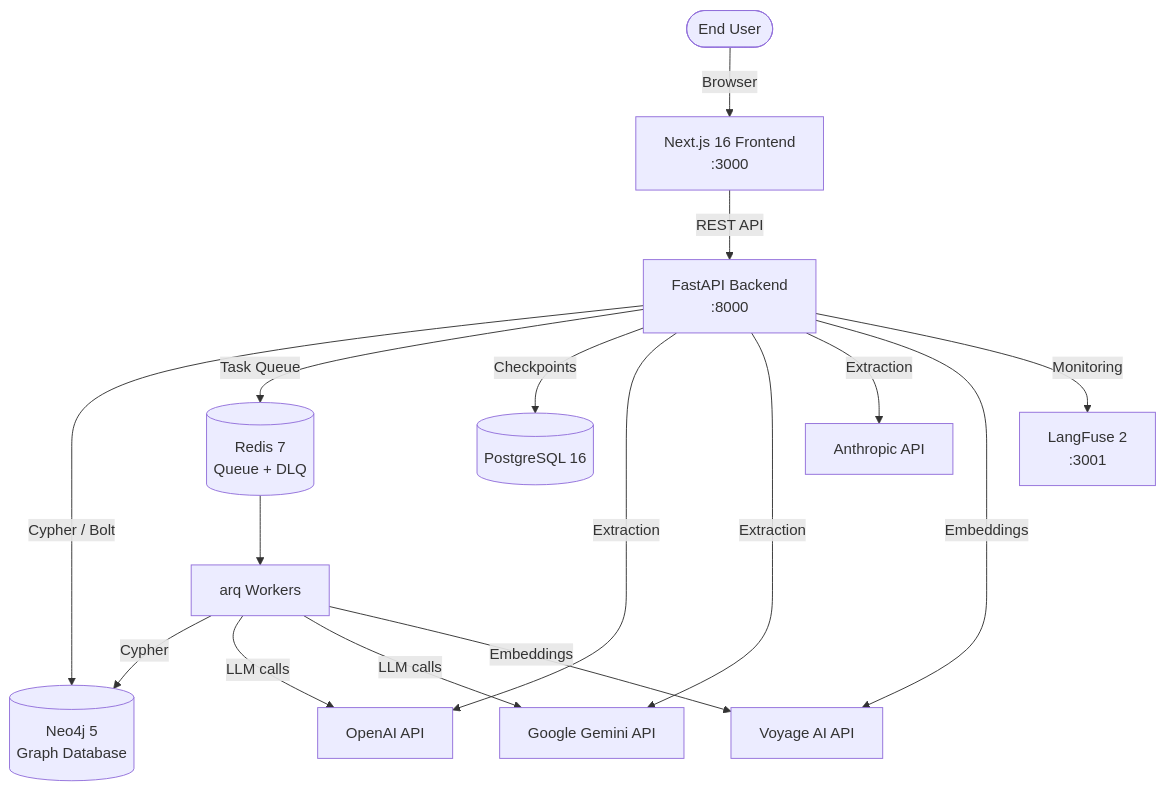
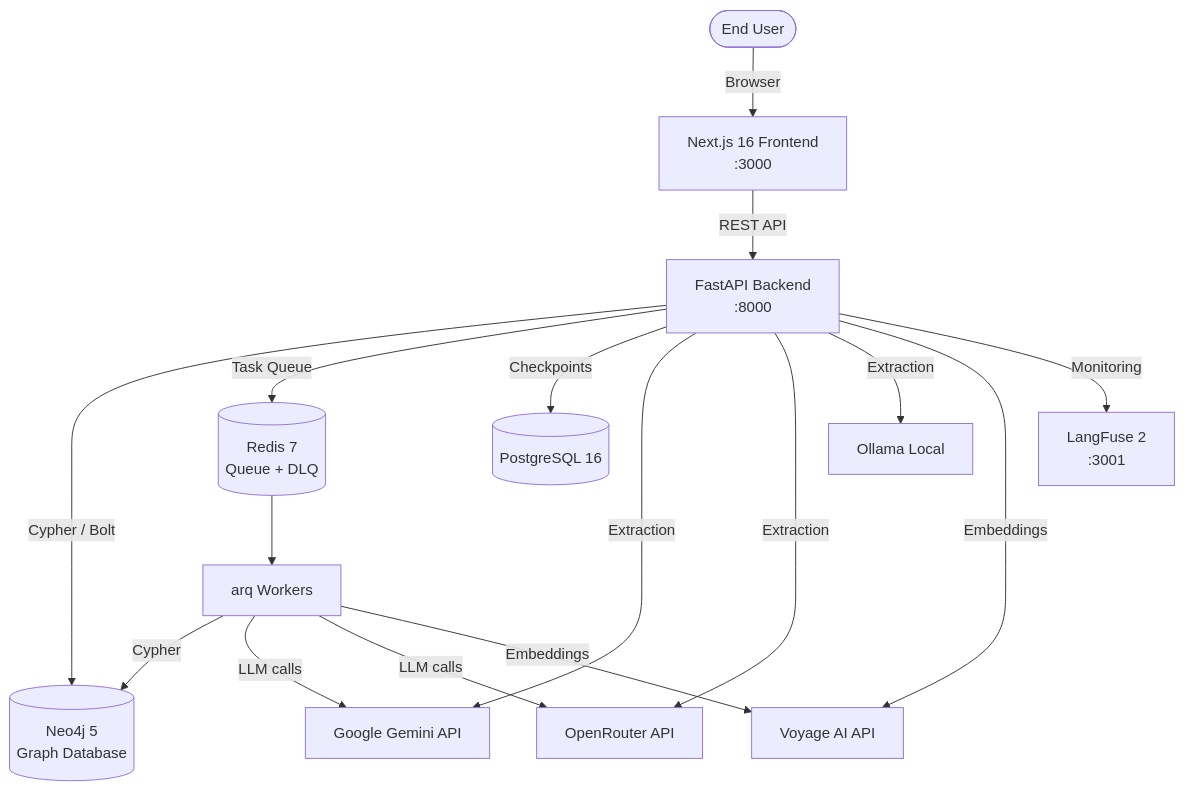
Before and after one commit to xairon/WorldRAG: the first of 7 diagrams in docs/architecture.md, drawn with Mermaid. The commit also changed other lines of this file and 59 other files, not shown here.

````diff
--- a/docs/architecture.md
+++ b/docs/architecture.md
@@ -9,22 +9,22 @@
 ```mermaid
 graph TB
     User([End User])
     User -->|Browser| Frontend[Next.js 16 Frontend<br/>:3000]
     Frontend -->|REST API| Backend[FastAPI Backend<br/>:8000]
 
     Backend -->|Cypher / Bolt| Neo4j[(Neo4j 5<br/>Graph Database)]
     Backend -->|Task Queue| Redis[(Redis 7<br/>Queue + DLQ)]
     Backend -->|Checkpoints| PG[(PostgreSQL 16)]
 
-    Backend -->|Extraction| OpenAI[OpenAI API]
     Backend -->|Extraction| Gemini[Google Gemini API]
-    Backend -->|Extraction| Anthropic[Anthropic API]
+    Backend -->|Extraction| OpenRouter[OpenRouter API]
+    Backend -->|Extraction| Ollama[Ollama Local]
     Backend -->|Embeddings| Voyage[Voyage AI API]
     Backend -->|Monitoring| LangFuse[LangFuse 2<br/>:3001]
 
     Redis --> Workers[arq Workers]
     Workers -->|Cypher| Neo4j
-    Workers -->|LLM calls| OpenAI
     Workers -->|LLM calls| Gemini
+    Workers -->|LLM calls| OpenRouter
     Workers -->|Embeddings| Voyage
 ```
````
